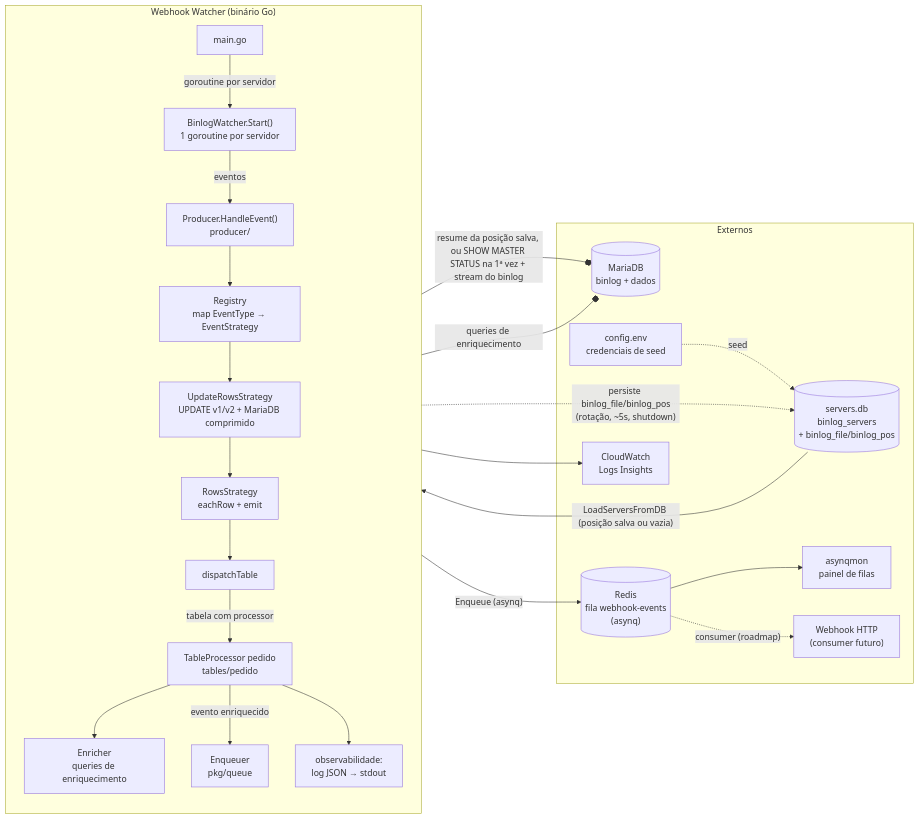
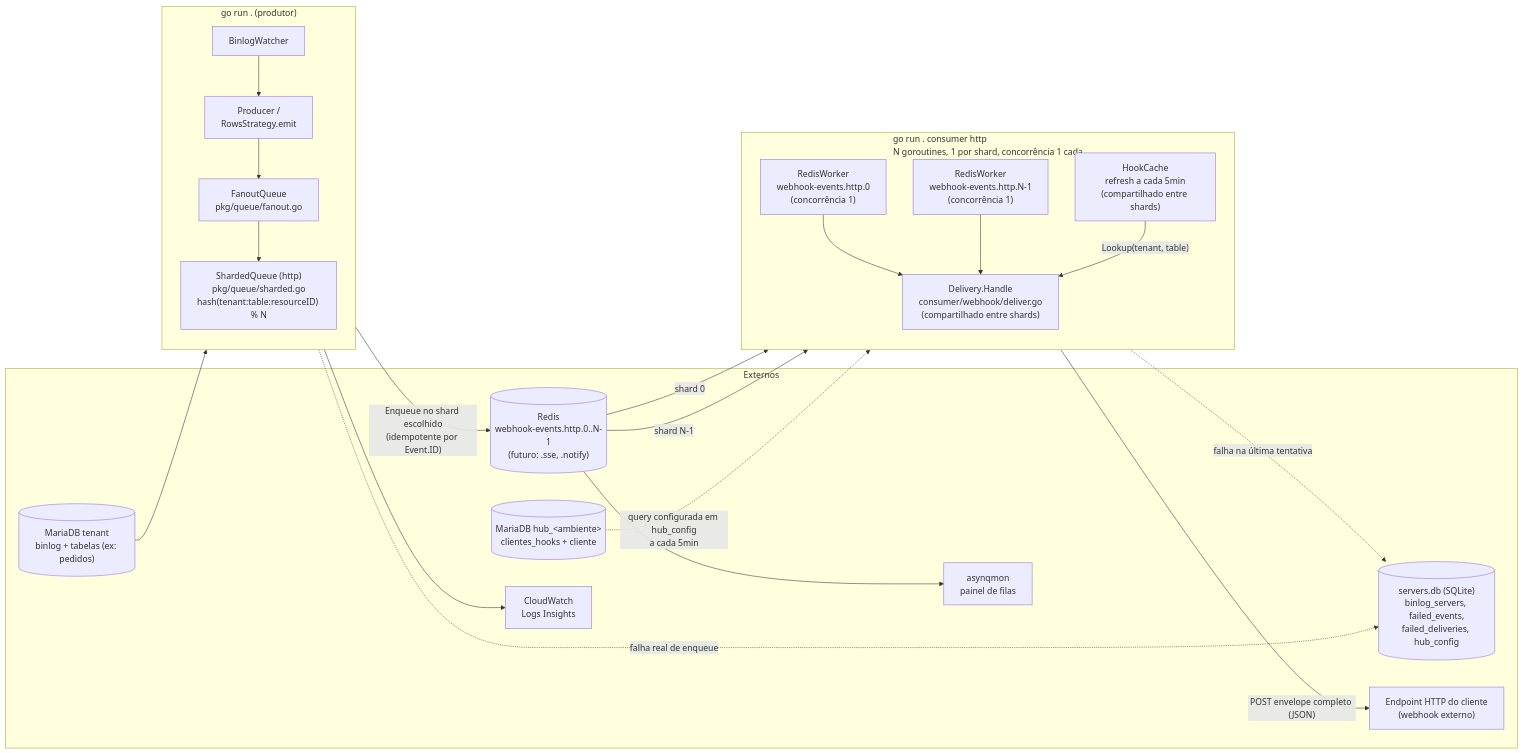
Before and after one commit to AlisonSimiao/webhook-watcher: the diagram in README.md, drawn with Mermaid. The commit also changed other lines of this file and 25 other files, not shown here.

First line of the commit message:
feat: implement failed deliveries command and hub management

````diff
--- a/README.md
+++ b/README.md
@@ -55,47 +66,40 @@
 ```mermaid
 flowchart LR
     subgraph Ext["Externos"]
-        MDB[("MariaDB<br/>binlog + dados")]
-        SQLITE[("servers.db<br/>binlog_servers<br/>+ binlog_file/binlog_pos")]
-        ENV["config.env<br/>credenciais de seed"]
-        REDIS[("Redis<br/>fila webhook-events<br/>(asynq)")]
+        MDB[("MariaDB tenant<br/>binlog + tabelas (ex: pedidos)")]
+        SQLITE[("servers.db (SQLite)<br/>binlog_servers, failed_events,<br/>failed_deliveries, hub_config")]
+        REDIS[("Redis<br/>webhook-events.http.0..N-1<br/>(futuro: .sse, .notify)")]
         ASYNQMON["asynqmon<br/>painel de filas"]
-        HTTP["Webhook HTTP<br/>(consumer futuro)"]
+        HUBDB[("MariaDB hub_&lt;ambiente&gt;<br/>clientes_hooks + cliente")]
+        DEST["Endpoint HTTP do cliente<br/>(webhook externo)"]
         CLOUD["CloudWatch<br/>Logs Insights"]
     end
 
-    subgraph App["Webhook Watcher (binário Go)"]
+    subgraph Producer["go run . (produtor)"]
         direction TB
-        MAIN["main.go"]
-        BW["BinlogWatcher.Start()<br/>1 goroutine por servidor"]
-        PROD["Producer.HandleEvent()<br/>producer/"]
-        REG["Registry<br/>map EventType → EventStrategy"]
-        UPD["UpdateRowsStrategy<br/>UPDATE v1/v2 + MariaDB comprimido"]
-        ROW["RowsStrategy<br/>eachRow + emit"]
-        DISP["dispatchTable"]
-        PED["TableProcessor pedido<br/>tables/pedido"]
-        ENR["Enricher<br/>queries de enriquecimento"]
-        ENQ["Enqueuer<br/>pkg/queue"]
-        LOG["observabilidade:<br/>log JSON → stdout"]
+        BW["BinlogWatcher"]
+        PROD["Producer /<br/>RowsStrategy.emit"]
+        FANOUT["FanoutQueue<br/>pkg/queue/fanout.go"]
+        SHARD["ShardedQueue (http)<br/>pkg/queue/sharded.go<br/>hash(tenant:table:resourceID) % N"]
     end
 
-    ENV -. "seed" .-> SQLITE
-    SQLITE -->|"LoadServersFromDB (posição salva ou vazia)"| MAIN
-    MAIN -->|"goroutine por servidor"| BW
-    BW --o|"resume da posição salva, ou SHOW MASTER STATUS na 1ª vez + stream do binlog"| MDB
-    BW -.->|"persiste binlog_file/binlog_pos<br/>(rotação, ~5s, shutdown)"| SQLITE
-    BW -->|"eventos"| PROD
-    PROD --> REG
-    REG --> UPD
-    UPD --> ROW
-    ROW --> DISP
-    DISP -->|"tabela com processor"| PED
-    PED --> ENR
-    ENR --o|"queries de enriquecimento"| MDB
-    PED -->|"evento enriquecido"| ENQ
-    ENQ -->|"Enqueue (asynq)"| REDIS
+    subgraph ConsumerHTTP["go run . consumer http<br/>N goroutines, 1 por shard, concorrência 1 cada"]
+        direction TB
+        WORKER0["RedisWorker<br/>webhook-events.http.0<br/>(concorrência 1)"]
+        WORKERN["RedisWorker<br/>webhook-events.http.N-1<br/>(concorrência 1)"]
+        DELIVERY["Delivery.Handle<br/>consumer/webhook/deliver.go<br/>(compartilhado entre shards)"]
+        CACHE["HookCache<br/>refresh a cada 5min<br/>(compartilhado entre shards)"]
+    end
+
+    MDB --> BW --> PROD --> FANOUT --> SHARD
+    SHARD -->|"Enqueue no shard escolhido<br/>(idempotente por Event.ID)"| REDIS
+    FANOUT -.->|"falha real de enqueue"| SQLITE
     REDIS --> ASYNQMON
-    REDIS -.->|"consumer (roadmap)"| HTTP
-    PED --> LOG
-    LOG --> CLOUD
+    REDIS -->|"shard 0"| WORKER0 --> DELIVERY
+    REDIS -->|"shard N-1"| WORKERN --> DELIVERY
+    HUBDB -.->|"query configurada em hub_config<br/>a cada 5min"| CACHE
+    CACHE -->|"Lookup(tenant, table)"| DELIVERY
+    DELIVERY -->|"POST envelope completo (JSON)"| DEST
+    DELIVERY -.->|"falha na última tentativa"| SQLITE
+    PROD --> CLOUD
 ```
````
